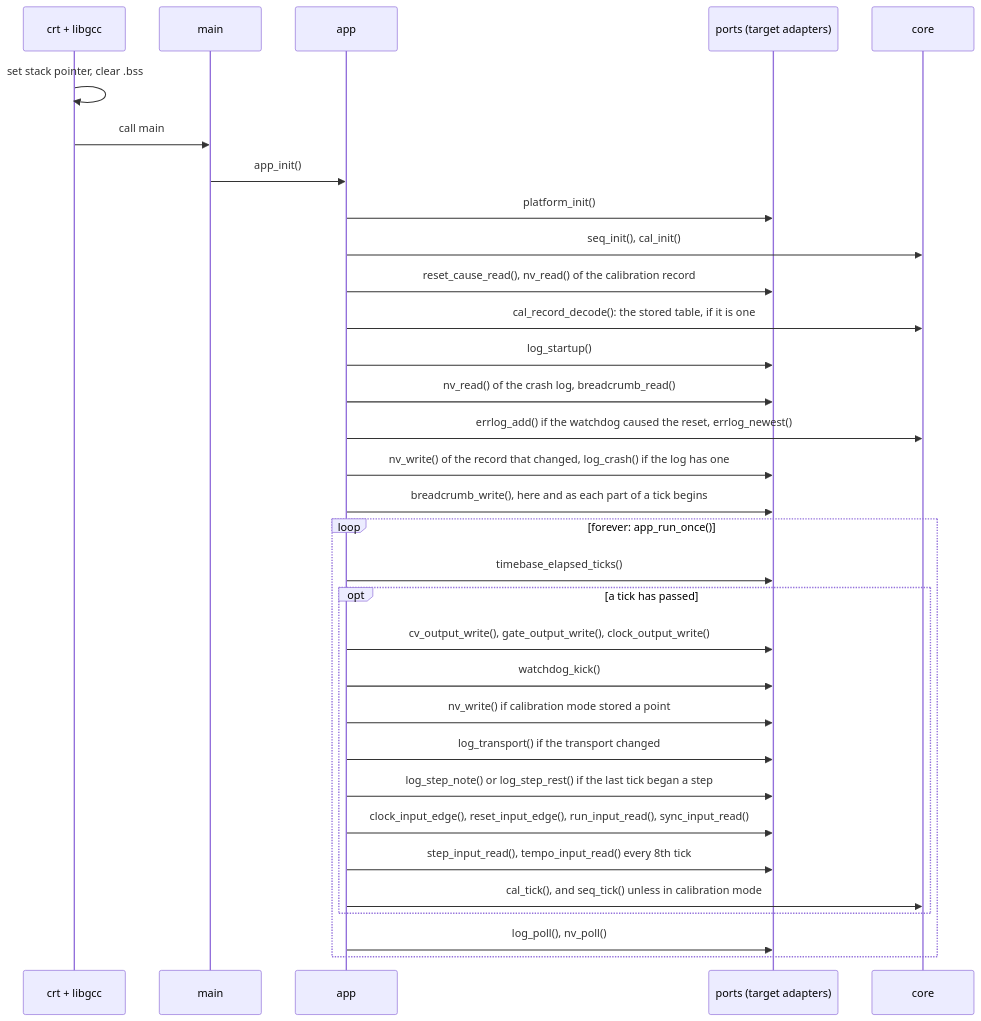
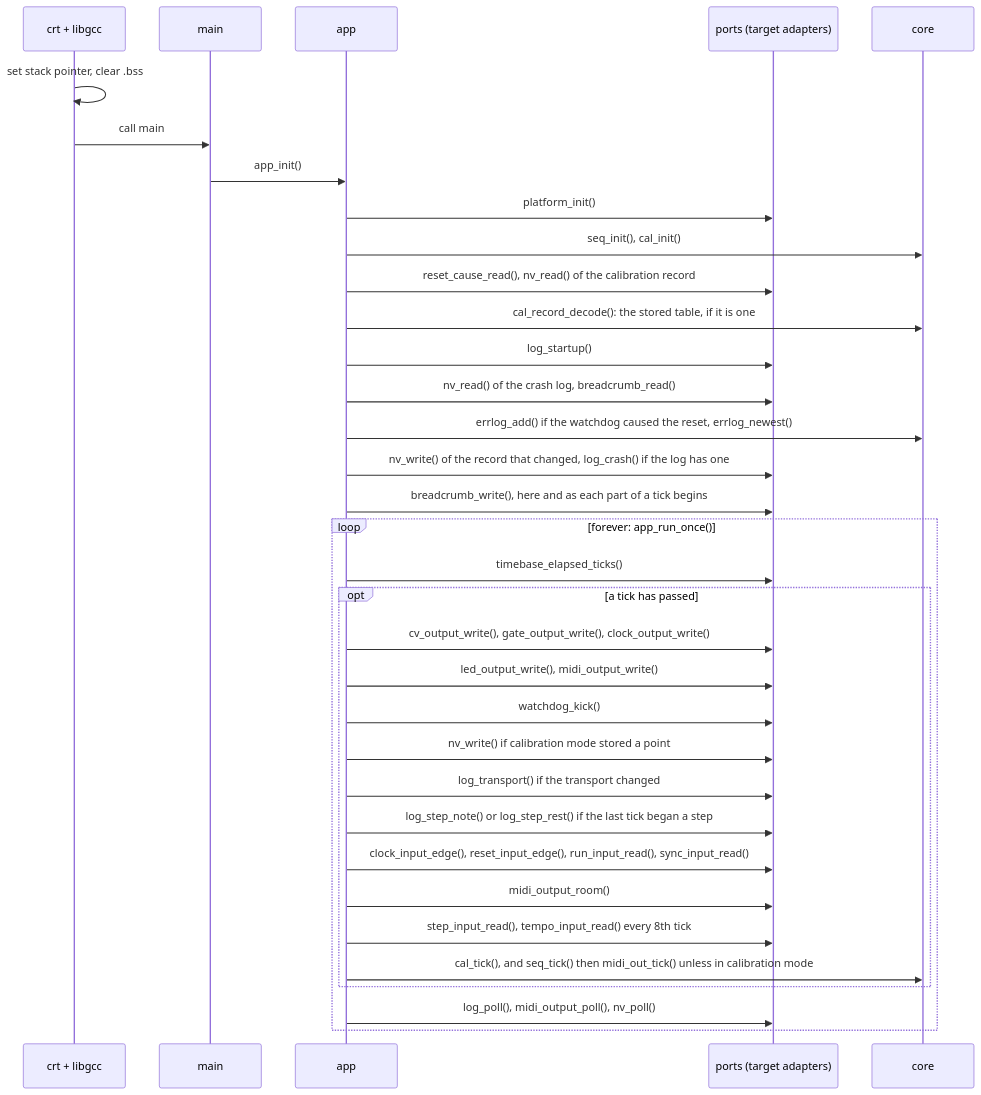
Before and after one commit to BonelessPig/nano_sequencer: the third of 28 diagrams in docs/ARCHITECTURE.md, drawn with Mermaid. The commit also changed other lines of this file and 46 other files, not shown here.

First line of the commit message:
Phase 10, first piece: MIDI out

````diff
--- a/docs/ARCHITECTURE.md
+++ b/docs/ARCHITECTURE.md
@@ -171,34 +179,36 @@
 ```mermaid
 sequenceDiagram
     participant CRT as crt + libgcc
     participant M as main
     participant A as app
     participant P as ports (target adapters)
     participant C as core
     CRT->>CRT: set stack pointer, clear .bss
     CRT->>M: call main
     M->>A: app_init()
     A->>P: platform_init()
     A->>C: seq_init(), cal_init()
     A->>P: reset_cause_read(), nv_read() of the calibration record
     A->>C: cal_record_decode(): the stored table, if it is one
     A->>P: log_startup()
     A->>P: nv_read() of the crash log, breadcrumb_read()
     A->>C: errlog_add() if the watchdog caused the reset, errlog_newest()
     A->>P: nv_write() of the record that changed, log_crash() if the log has one
     A->>P: breadcrumb_write(), here and as each part of a tick begins
     loop forever: app_run_once()
         A->>P: timebase_elapsed_ticks()
         opt a tick has passed
             A->>P: cv_output_write(), gate_output_write(), clock_output_write()
+            A->>P: led_output_write(), midi_output_write()
             A->>P: watchdog_kick()
             A->>P: nv_write() if calibration mode stored a point
             A->>P: log_transport() if the transport changed
             A->>P: log_step_note() or log_step_rest() if the last tick began a step
             A->>P: clock_input_edge(), reset_input_edge(), run_input_read(), sync_input_read()
+            A->>P: midi_output_room()
             A->>P: step_input_read(), tempo_input_read() every 8th tick
-            A->>C: cal_tick(), and seq_tick() unless in calibration mode
+            A->>C: cal_tick(), and seq_tick() then midi_out_tick() unless in calibration mode
         end
-        A->>P: log_poll(), nv_poll()
+        A->>P: log_poll(), midi_output_poll(), nv_poll()
     end
 ```
````
